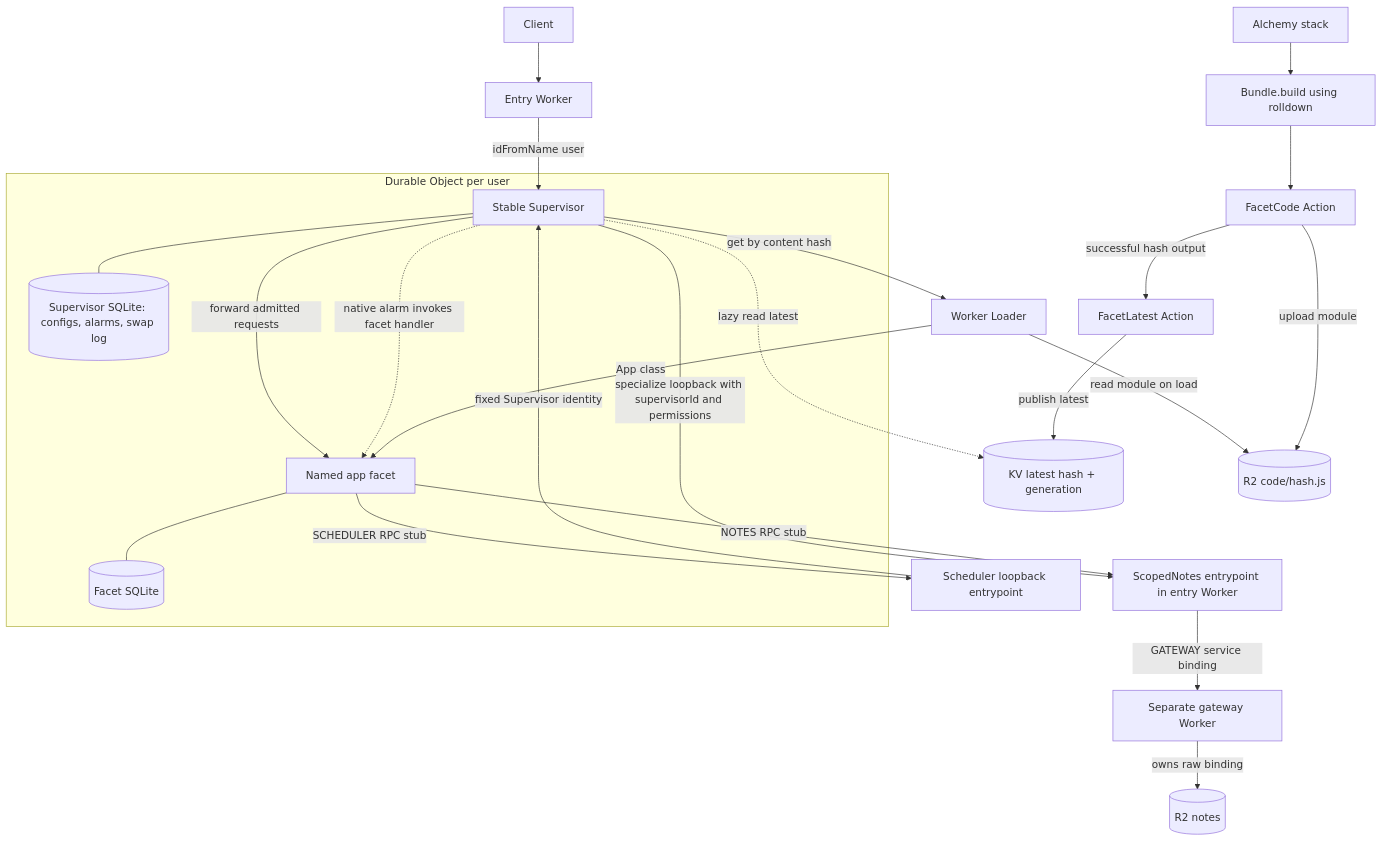
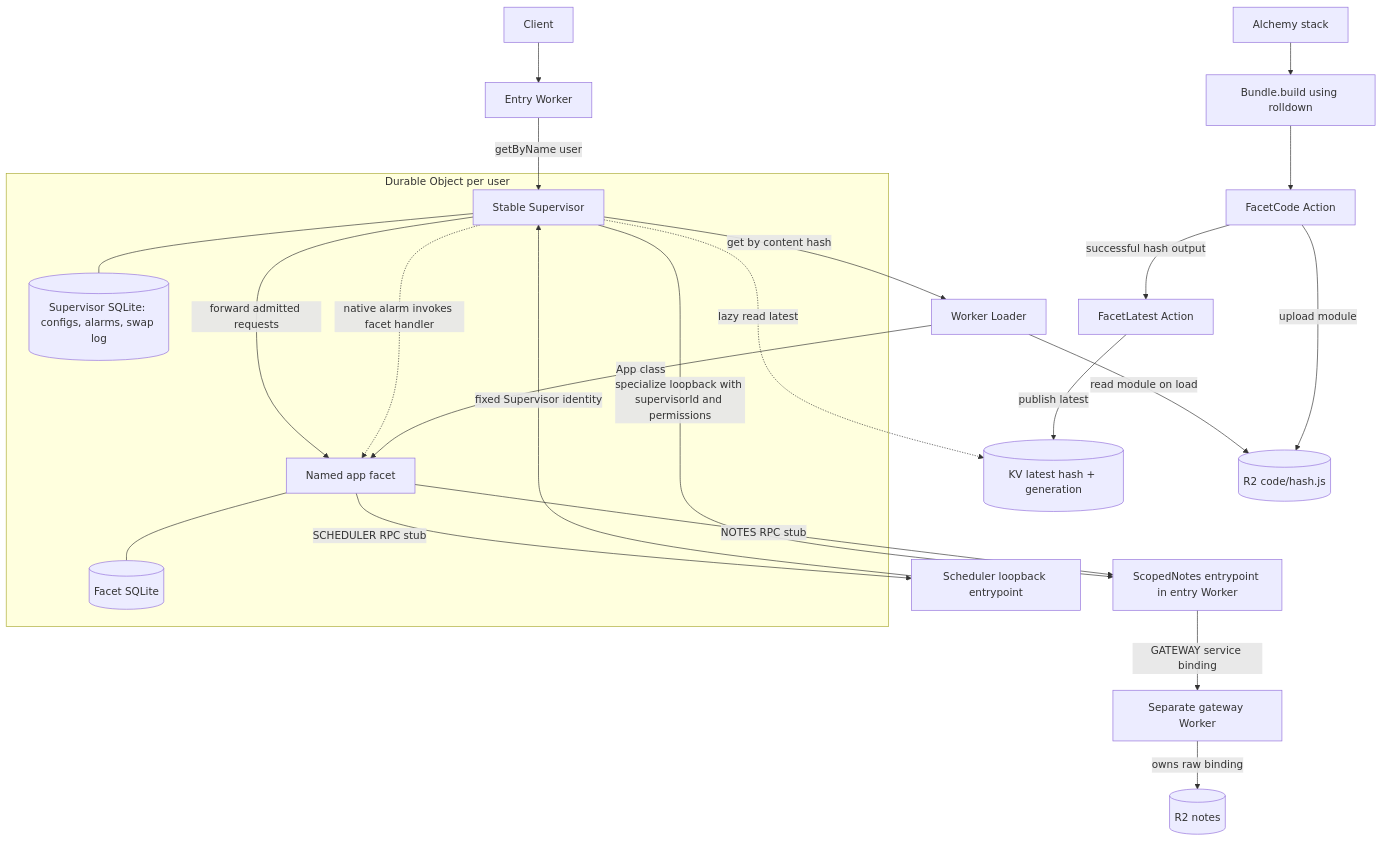
The first of 4 diagrams in docs/ARCHITECTURE.md (boarush/facet-swap), drawn with Mermaid before and after one commit. The commit also changed other lines of this file and 2 other files, not shown here.

Commit message:
Use the modern getByName helper to materialize the stub

````diff
--- a/docs/ARCHITECTURE.md
+++ b/docs/ARCHITECTURE.md
@@ -27,26 +27,26 @@
 ```mermaid
 flowchart TB
   C[Client] --> E[Entry Worker]
-  E -->|idFromName user| S
+  E -->|getByName user| S
   subgraph DO[Durable Object per user]
     S[Stable Supervisor] -->|forward admitted requests| F[Named app facet]
     S --- SD[(Supervisor SQLite: configs, alarms, swap log)]
     F --- FD[(Facet SQLite)]
   end
   S -->|specialize loopback with supervisorId and permissions| N[ScopedNotes entrypoint in entry Worker]
   N -->|GATEWAY service binding| G[Separate gateway Worker]
   F -->|NOTES RPC stub| N
   F -->|SCHEDULER RPC stub| A[Scheduler loopback entrypoint]
   A -->|fixed Supervisor identity| S
   S -.->|native alarm invokes facet handler| F
   G -->|owns raw binding| NOTES[(R2 notes)]
   S -.->|lazy read latest| KV[(KV latest hash + generation)]
   S -->|get by content hash| L[Worker Loader]
   L -->|read module on load| R2[(R2 code/hash.js)]
   L -->|App class| F
   STACK[Alchemy stack] --> B[Bundle.build using rolldown]
   B --> U[FacetCode Action]
   U -->|upload module| R2
   U -->|successful hash output| P[FacetLatest Action]
   P -->|publish latest| KV
 ```
````
